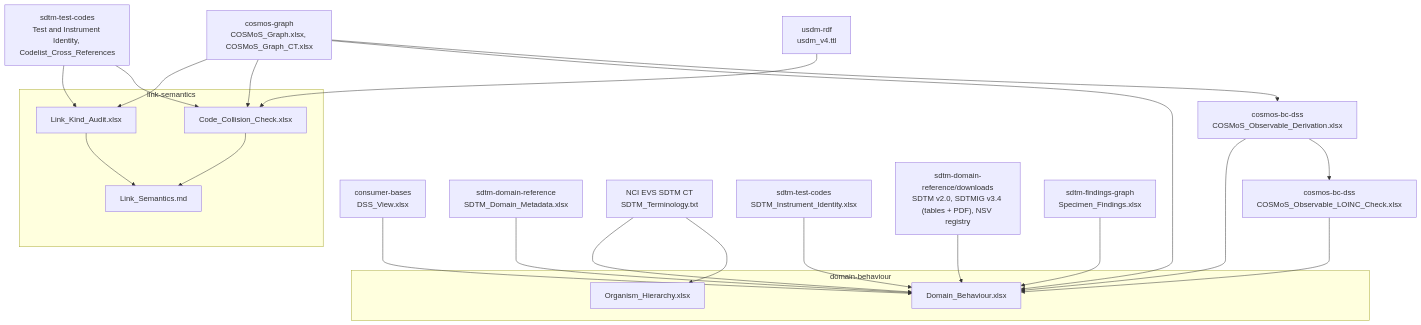
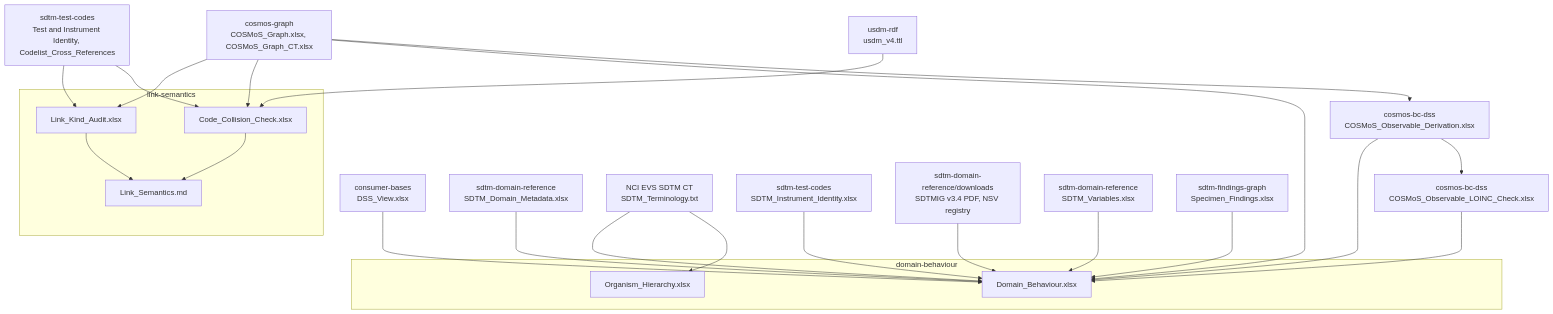
Before and after one commit to kerfors/cdisc-for-ai: the second of 2 diagrams in docs/Data_Flow.md, drawn with Mermaid. The commit also changed other lines of this file and 7 other files, not shown here.

First line of the commit message:
Domain_Behaviour reads the variable tables from SDTM_Variables

````diff
--- a/docs/Data_Flow.md
+++ b/docs/Data_Flow.md
@@ -85,48 +85,50 @@
 ```mermaid
 graph TD
     CGX["cosmos-graph<br/>COSMoS_Graph.xlsx, COSMoS_Graph_CT.xlsx"]
     STC["sdtm-test-codes<br/>Test and Instrument Identity, Codelist_Cross_References"]
     USDM["usdm-rdf<br/>usdm_v4.ttl"]
 
     subgraph link-semantics
         LKA["Link_Kind_Audit.xlsx"]
         CCC["Code_Collision_Check.xlsx"]
         LS["Link_Semantics.md"]
     end
 
     CGX --> LKA
     STC --> LKA
     CGX --> CCC
     STC --> CCC
     USDM --> CCC
 
     LKA --> LS
     CCC --> LS
 
     DV["consumer-bases<br/>DSS_View.xlsx"]
     DM["sdtm-domain-reference<br/>SDTM_Domain_Metadata.xlsx"]
     OD["cosmos-bc-dss<br/>COSMoS_Observable_Derivation.xlsx"]
     OL["cosmos-bc-dss<br/>COSMoS_Observable_LOINC_Check.xlsx"]
     EVSX["NCI EVS SDTM CT<br/>SDTM_Terminology.txt"]
     SI["sdtm-test-codes<br/>SDTM_Instrument_Identity.xlsx"]
-    SV["sdtm-domain-reference/downloads<br/>SDTM v2.0, SDTMIG v3.4 (tables + PDF), NSV registry"]
+    SV["sdtm-domain-reference/downloads<br/>SDTMIG v3.4 PDF, NSV registry"]
+    SVT["sdtm-domain-reference<br/>SDTM_Variables.xlsx"]
     SFX["sdtm-findings-graph<br/>Specimen_Findings.xlsx"]
 
     subgraph domain-behaviour
         DB["Domain_Behaviour.xlsx"]
         OH["Organism_Hierarchy.xlsx"]
     end
 
     CGX --> DB
     DV --> DB
     DM --> DB
     CGX --> OD
     OD --> DB
     OD --> OL
     OL --> DB
     EVSX --> DB
     EVSX --> OH
     SI --> DB
     SV --> DB
+    SVT --> DB
     SFX --> DB
 ```
````
